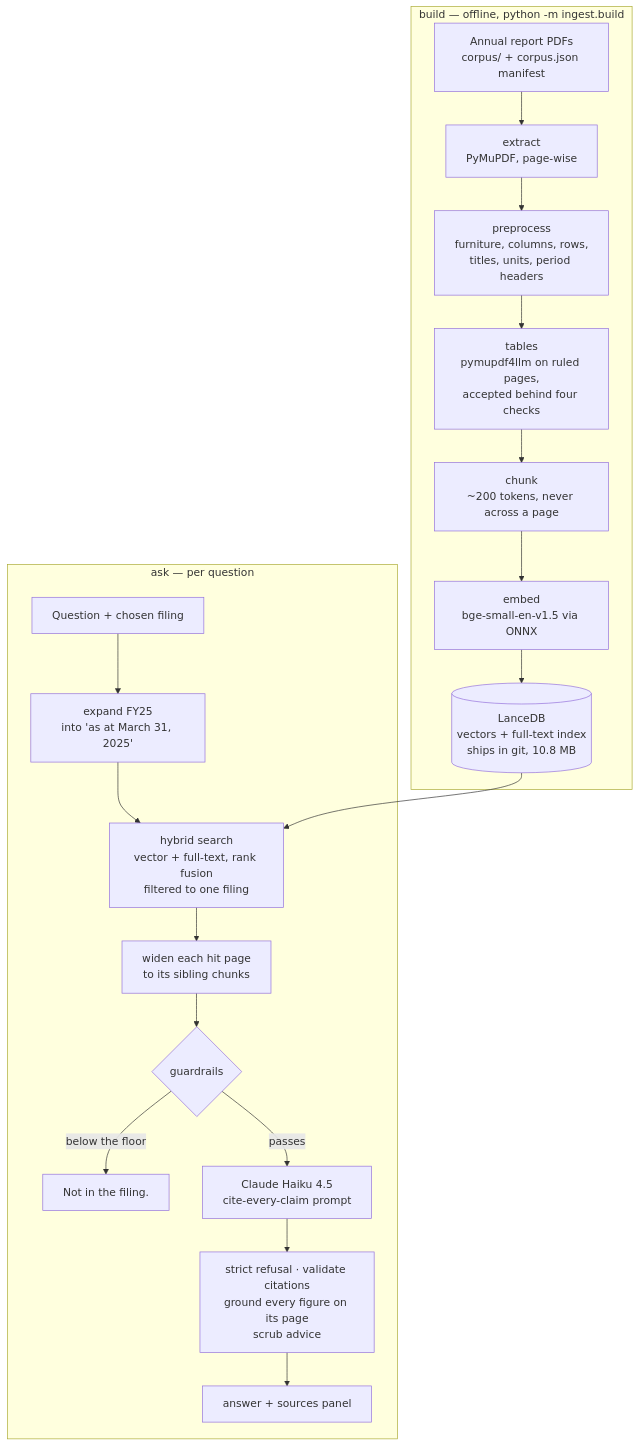
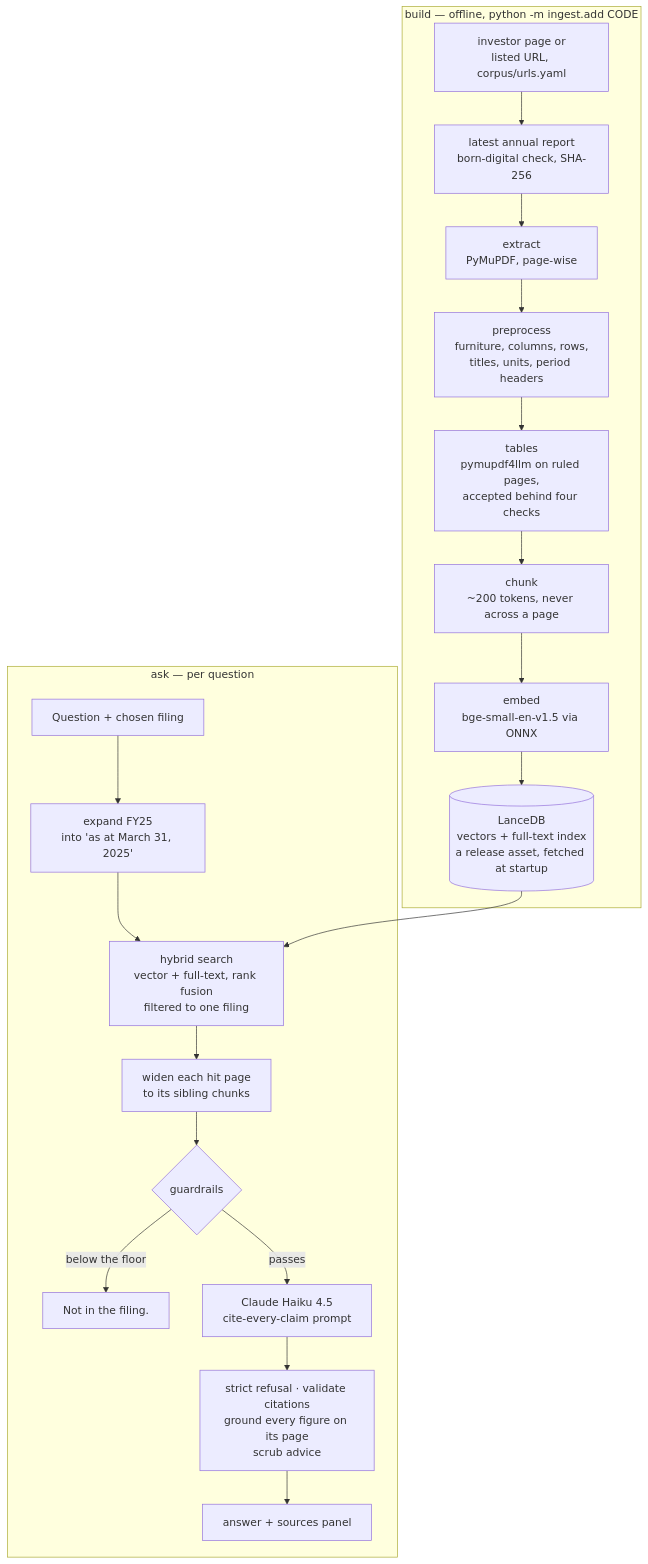
The diagram in README.md (shivank2703/folio), drawn with Mermaid before and after one commit. The commit also changed other lines of this file and 31 other files, not shown here.

First line of the commit message:
Index out of git; spreads, headers and filing name fixed for new reports

````diff
--- a/README.md
+++ b/README.md
@@ -32,22 +33,23 @@
 ```mermaid
 flowchart TB
-    subgraph build["build — offline, python -m ingest.build"]
-        PDF[Annual report PDFs<br/>corpus/ + corpus.json manifest] --> EX[extract<br/>PyMuPDF, page-wise]
+    subgraph build["build — offline, python -m ingest.add CODE"]
+        SRC[investor page or<br/>listed URL, corpus/urls.yaml] --> PDF[latest annual report<br/>born-digital check, SHA-256]
+        PDF --> EX[extract<br/>PyMuPDF, page-wise]
         EX --> PRE[preprocess<br/>furniture, columns, rows,<br/>titles, units, period headers]
         PRE --> TB[tables<br/>pymupdf4llm on ruled pages,<br/>accepted behind four checks]
         TB --> CH[chunk<br/>~200 tokens, never across a page]
         CH --> EM[embed<br/>bge-small-en-v1.5 via ONNX]
-        EM --> DB[(LanceDB<br/>vectors + full-text index<br/>ships in git, 10.8 MB)]
+        EM --> DB[(LanceDB<br/>vectors + full-text index<br/>a release asset, fetched at startup)]
     end
     subgraph ask["ask — per question"]
         Q[Question + chosen filing] --> FY[expand FY25<br/>into 'as at March 31, 2025']
         FY --> HY[hybrid search<br/>vector + full-text, rank fusion<br/>filtered to one filing]
         DB --> HY
         HY --> PX[widen each hit page<br/>to its sibling chunks]
         PX --> G{guardrails}
         G -->|below the floor| R[Not in the filing.]
         G -->|passes| GEN[Claude Haiku 4.5<br/>cite-every-claim prompt]
         GEN --> V[strict refusal · validate citations<br/>ground every figure on its page<br/>scrub advice]
         V --> UI[answer + sources panel]
     end
 ```
````
